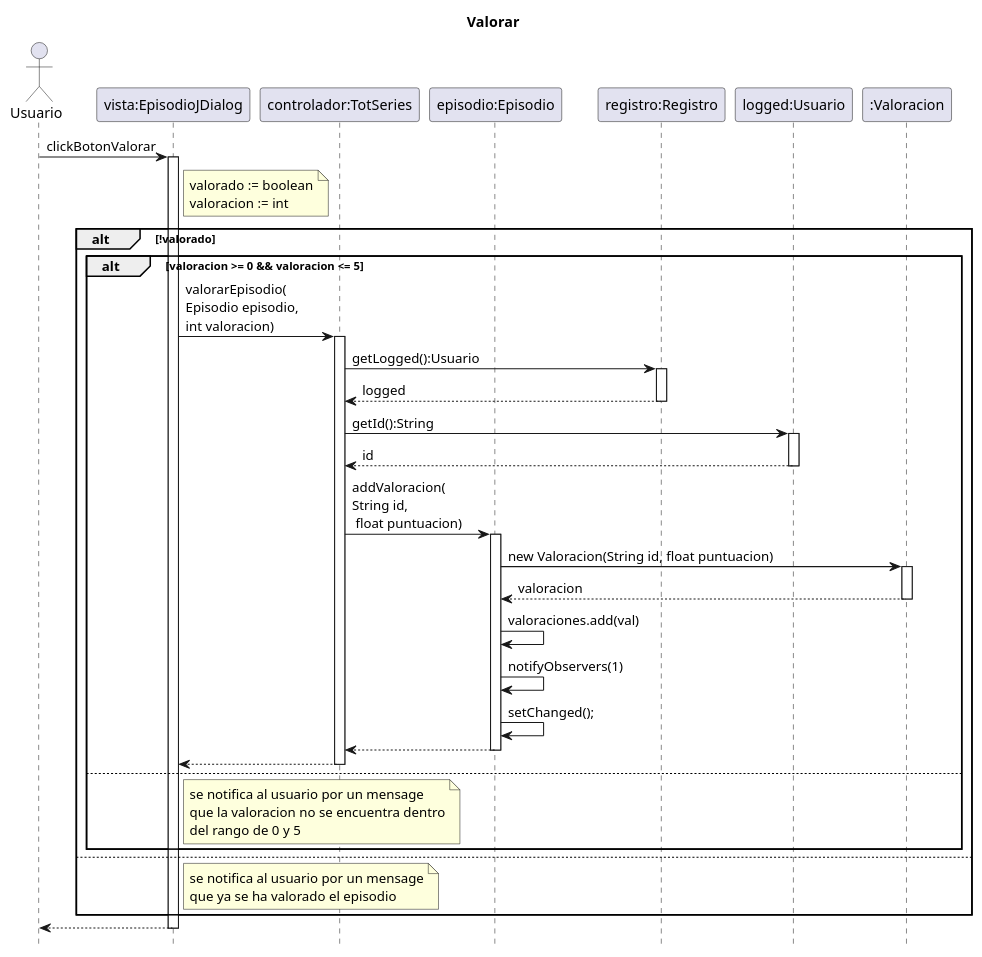
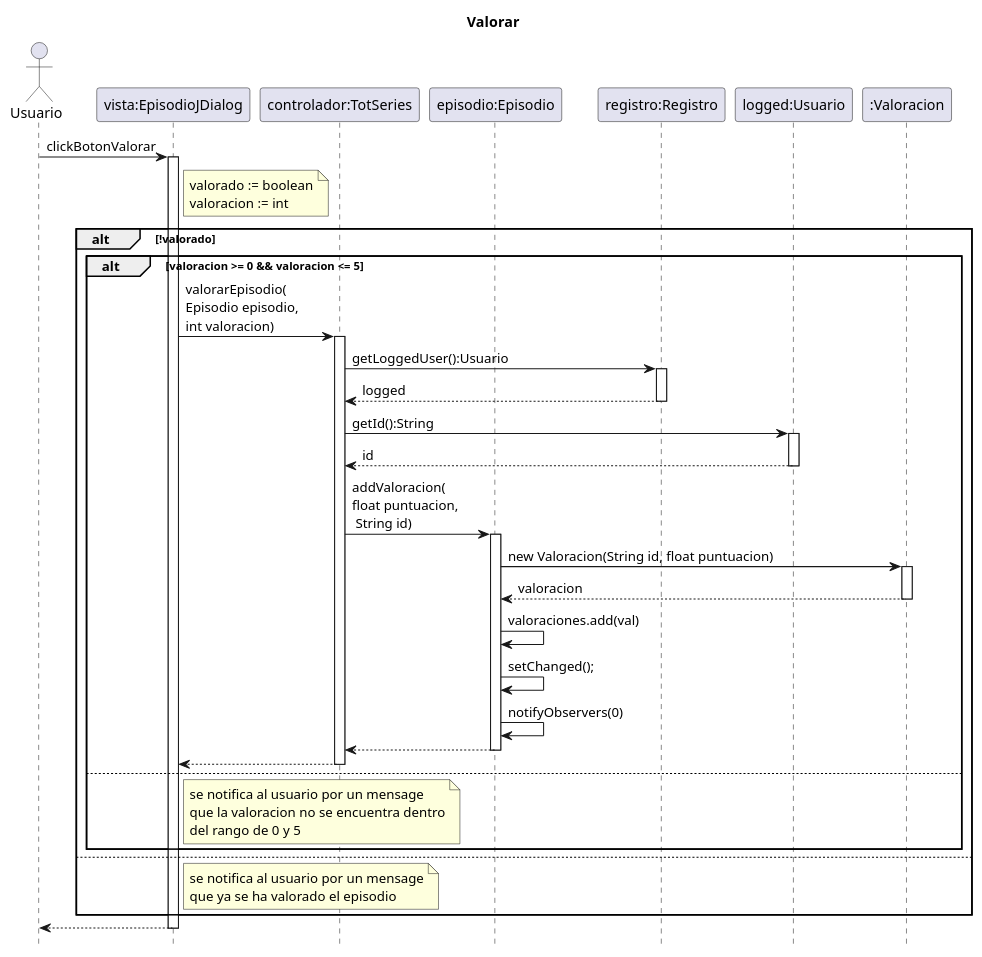
The diagram in src/totseries/Uml/Secuencia/Diagrama de secuencia Valorar.puml (MrViciao/TotSeries), drawn with PlantUML before and after one commit. The commit also changed 5 other files, not shown here.

Commit message:
actualizacion de los diagramas

```diff
--- a/src/totseries/Uml/Secuencia/Diagrama de secuencia Valorar.puml
+++ b/src/totseries/Uml/Secuencia/Diagrama de secuencia Valorar.puml
@@ -1,64 +1,63 @@
 @startuml
 title		Valorar
 hide	footbox
 
 actor	Usuario as usuario
 participant "vista:EpisodioJDialog" as vista
 participant "controlador:TotSeries" as totseries
 participant "episodio:Episodio" as episodio
 participant "registro:Registro" as registro
 participant "logged:Usuario" as logged
 participant ":Valoracion" as valoracion
 
 usuario -> vista : clickBotonValorar
 activate vista
 note right vista
     valorado := boolean
     valoracion := int
 end note
 alt !valorado  
     alt valoracion >= 0 && valoracion <= 5
         
         
         vista -> totseries : valorarEpisodio(\nEpisodio episodio,\nint valoracion)
         activate totseries
         
-        totseries -> registro : getLogged():Usuario
+        totseries -> registro : getLoggedUser():Usuario
         activate registro
         registro -->totseries : logged
         deactivate registro
         totseries -> logged : getId():String
         activate logged
         logged --> totseries : id
         deactivate logged
         
-        
-        totseries -> episodio : addValoracion(\nString id,\n float puntuacion)
+        totseries -> episodio : addValoracion(\nfloat puntuacion,\n String id)
         activate episodio
         episodio -> valoracion : new Valoracion(String id, float puntuacion)
         activate valoracion
         valoracion -->episodio: valoracion
         deactivate valoracion
         episodio ->episodio: valoraciones.add(val)
-        episodio ->episodio: notifyObservers(1)
         episodio ->episodio: setChanged();
+        episodio ->episodio: notifyObservers(0)
         episodio --> totseries
         deactivate episodio
         totseries -->vista
         deactivate totseries
     else 
         note right vista
             se notifica al usuario por un mensage
             que la valoracion no se encuentra dentro
             del rango de 0 y 5
         end note
     end alt
 else
     note right vista
         se notifica al usuario por un mensage
         que ya se ha valorado el episodio
     end note
 end alt
 vista --> usuario
 deactivate vista
 @enduml
```
